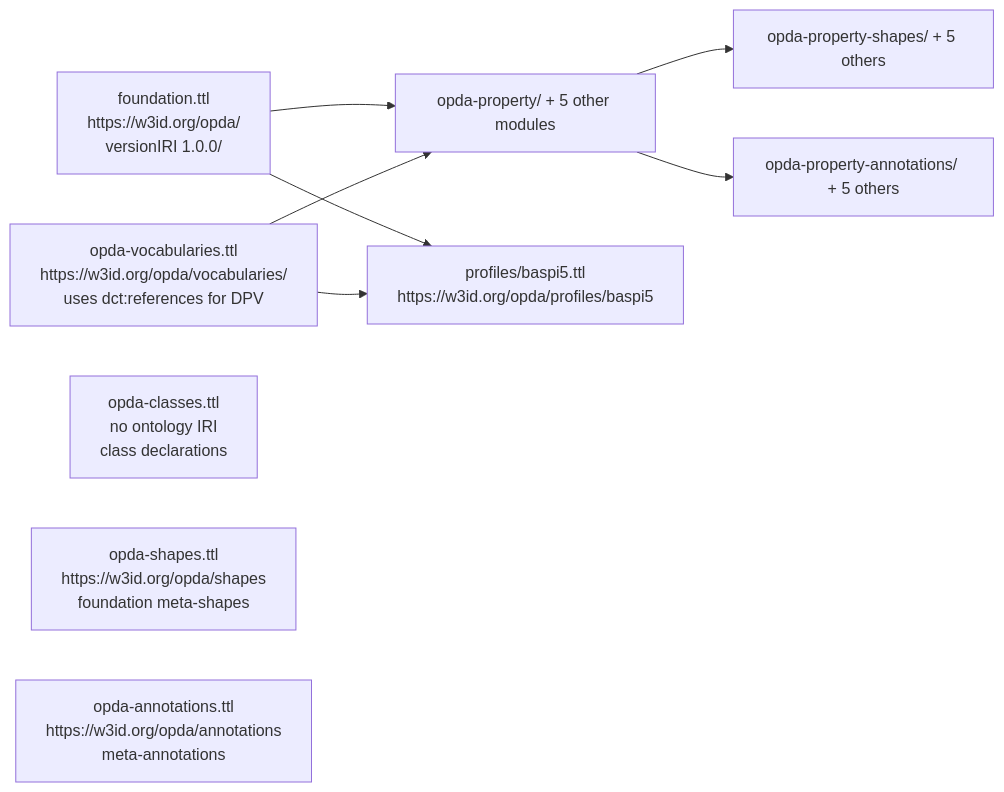
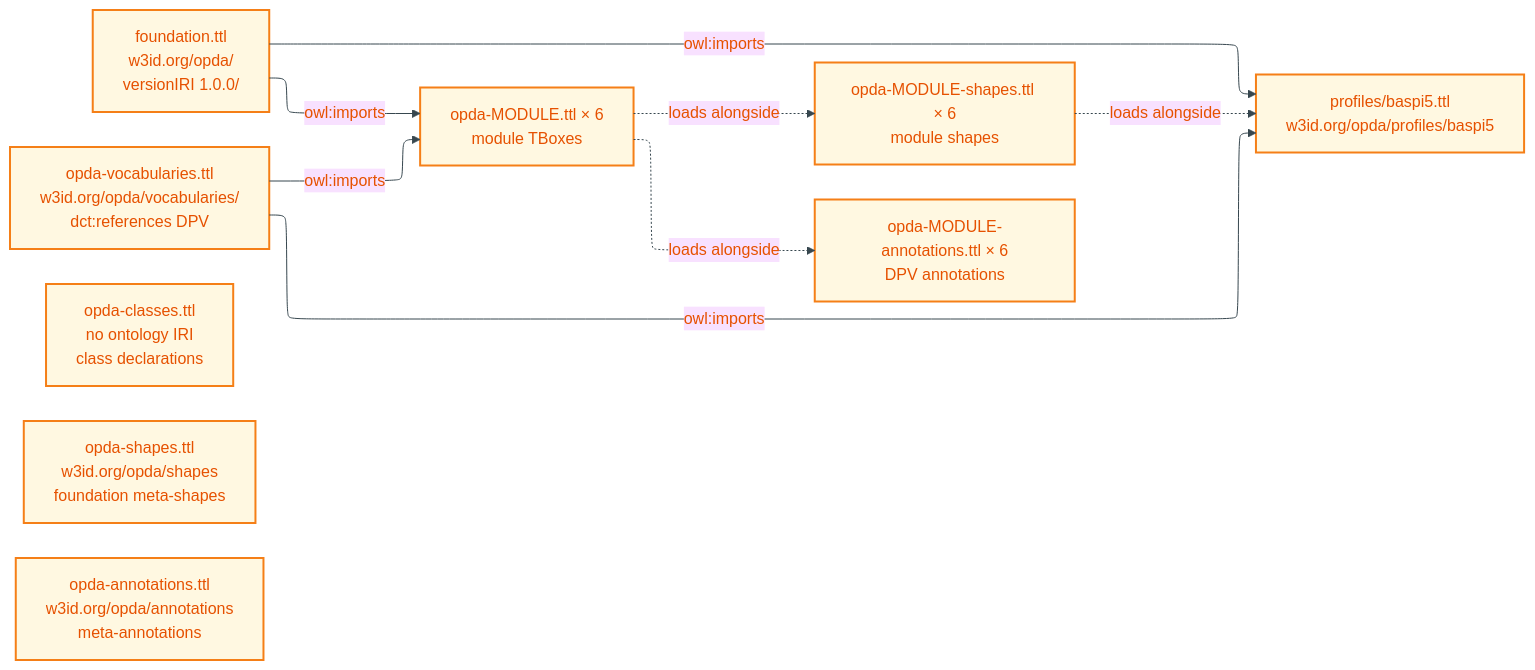
One commit to sparkling/opda changed the first of 3 diagrams in docs/manual/physical-database/named-graphs.md. Above: the diagram before and after it, drawn with Mermaid. The commit also changed other lines of this file and 36 other files, not shown here.

First line of the commit message:
docs(manual): Physical-DB tier — per-module breakdown + diagram expansion

````diff
--- a/docs/manual/physical-database/named-graphs.md
+++ b/docs/manual/physical-database/named-graphs.md
@@ -7,18 +12,34 @@
 ```mermaid
+---
+config:
+  layout: elk
+  elk:
+    mergeEdges: false
+    nodePlacementStrategy: BRANDES_KOEPF
+---
+%%{init: {"theme": "base", "themeVariables": {"primaryColor": "#FFF8E1", "primaryTextColor": "#E65100", "primaryBorderColor": "#F57F17", "lineColor": "#37474F"}}}%%
 flowchart LR
-    F[foundation.ttl<br/>https://w3id.org/opda/<br/>versionIRI 1.0.0/]
-    V[opda-vocabularies.ttl<br/>https://w3id.org/opda/vocabularies/<br/>uses dct:references for DPV]
-    C[opda-classes.ttl<br/>no ontology IRI<br/>class declarations]
-    SH[opda-shapes.ttl<br/>https://w3id.org/opda/shapes<br/>foundation meta-shapes]
-    AN[opda-annotations.ttl<br/>https://w3id.org/opda/annotations<br/>meta-annotations]
-    P[opda-property/ + 5 other modules]
-    PS[opda-property-shapes/ + 5 others]
-    PA[opda-property-annotations/ + 5 others]
-    B[profiles/baspi5.ttl<br/>https://w3id.org/opda/profiles/baspi5]
-    F --> P
-    V --> P
-    P --> PS
-    P --> PA
-    F --> B
-    V --> B
+    accTitle: Named-graph load order
+    accDescr: Shows the load order of foundation, vocabularies, class, shape, and annotation named graphs and how owl:imports chains link them.
+
+    classDef data fill:#FFF8E1,stroke:#F57F17,stroke-width:2px,color:#E65100
+    classDef infra fill:#E3F2FD,stroke:#1565C0,stroke-width:2px,color:#0D47A1
+
+    F["foundation.ttl<br/>w3id.org/opda/<br/>versionIRI 1.0.0/"]:::data
+    V["opda-vocabularies.ttl<br/>w3id.org/opda/vocabularies/<br/>dct:references DPV"]:::data
+    Cl["opda-classes.ttl<br/>no ontology IRI<br/>class declarations"]:::data
+    SH["opda-shapes.ttl<br/>w3id.org/opda/shapes<br/>foundation meta-shapes"]:::data
+    AN["opda-annotations.ttl<br/>w3id.org/opda/annotations<br/>meta-annotations"]:::data
+    P["opda-MODULE.ttl × 6<br/>module TBoxes"]:::data
+    PS["opda-MODULE-shapes.ttl × 6<br/>module shapes"]:::data
+    PA["opda-MODULE-annotations.ttl × 6<br/>DPV annotations"]:::data
+    B["profiles/baspi5.ttl<br/>w3id.org/opda/profiles/baspi5"]:::data
+
+    F -->|owl:imports| P
+    V -->|owl:imports| P
+    P -.->|loads alongside| PS
+    P -.->|loads alongside| PA
+    F -->|owl:imports| B
+    V -->|owl:imports| B
+    PS -.->|loads alongside| B
 ```
````
